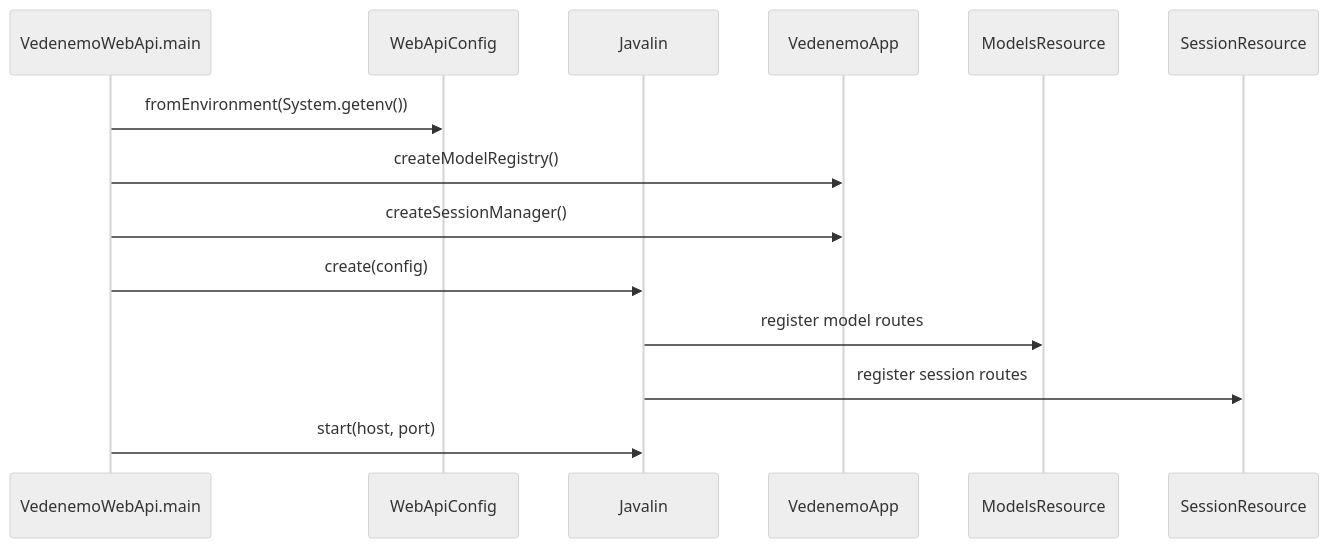
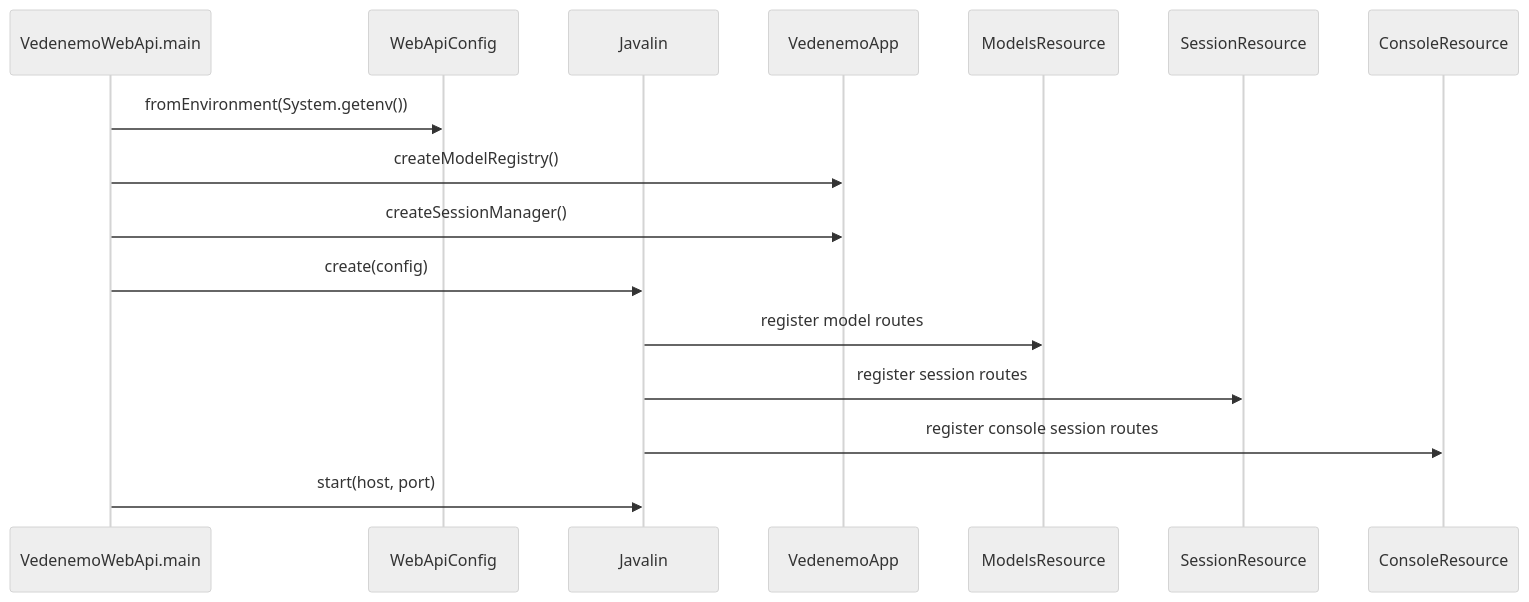
Before and after one commit to VedenemoDev/VedenemoMonorepo: the second of 8 diagrams in docs/architecture_doc.md, drawn with Mermaid (neutral theme). The commit also changed other lines of this file and 36 other files, not shown here.

````diff
--- a/docs/architecture_doc.md
+++ b/docs/architecture_doc.md
@@ -371,17 +426,19 @@
 ```mermaid
 sequenceDiagram
     participant Main as VedenemoWebApi.main
     participant Config as WebApiConfig
     participant Javalin as Javalin
     participant App as VedenemoApp
     participant Models as ModelsResource
     participant Sessions as SessionResource
+    participant Console as ConsoleResource
 
     Main->>Config: fromEnvironment(System.getenv())
     Main->>App: createModelRegistry()
     Main->>App: createSessionManager()
     Main->>Javalin: create(config)
     Javalin->>Models: register model routes
     Javalin->>Sessions: register session routes
+    Javalin->>Console: register console session routes
     Main->>Javalin: start(host, port)
 ```
````
